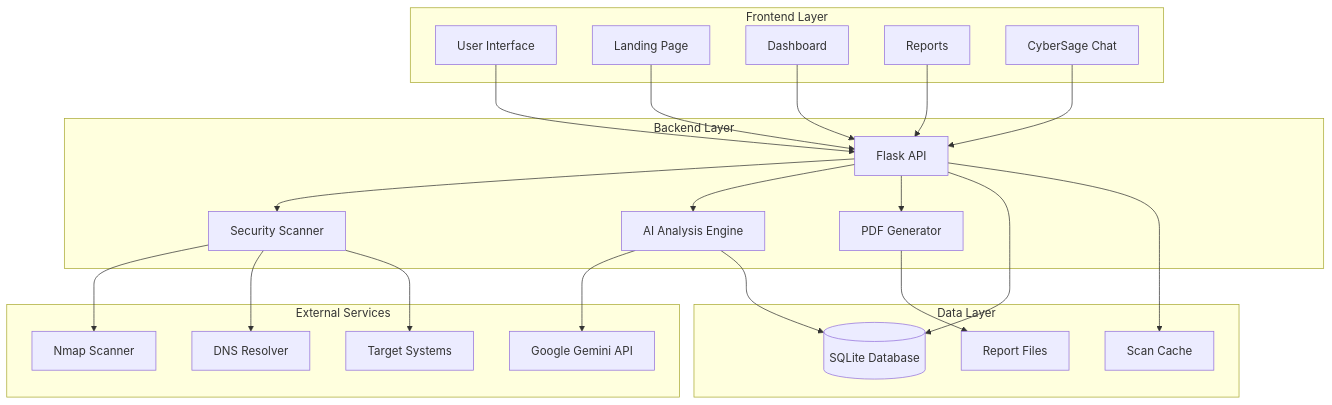
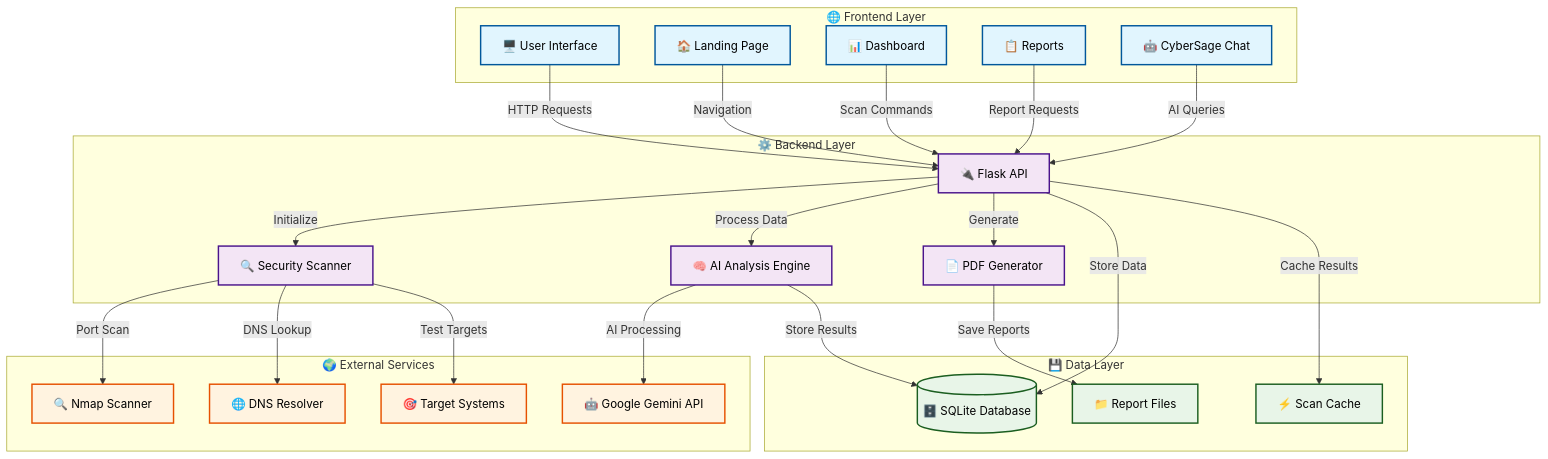
One commit to Hassan-asim/Cyber-Sage changed the first of 8 diagrams in README.md. Above: the diagram before and after it, drawn with Mermaid. The commit also changed other lines of this file, not shown here.

Commit message:
Enhance Mermaid diagrams: Add professional styling, emojis, colors, and improved visual design

````diff
--- a/README.md
+++ b/README.md
@@ -82,51 +82,67 @@
 ```mermaid
 graph TB
-    subgraph "Frontend Layer"
-        UI[User Interface]
-        LP[Landing Page]
-        DASH[Dashboard]
-        REP[Reports]
-        CHAT[CyberSage Chat]
+    subgraph "🌐 Frontend Layer"
+        UI["🖥️ User Interface"]
+        LP["🏠 Landing Page"]
+        DASH["📊 Dashboard"]
+        REP["📋 Reports"]
+        CHAT["🤖 CyberSage Chat"]
     end
     
-    subgraph "Backend Layer"
-        API[Flask API]
-        SCAN[Security Scanner]
-        AI[AI Analysis Engine]
-        PDF[PDF Generator]
+    subgraph "⚙️ Backend Layer"
+        API["🔌 Flask API"]
+        SCAN["🔍 Security Scanner"]
+        AI["🧠 AI Analysis Engine"]
+        PDF["📄 PDF Generator"]
     end
     
-    subgraph "Data Layer"
-        DB[(SQLite Database)]
-        FILES[Report Files]
-        CACHE[Scan Cache]
+    subgraph "💾 Data Layer"
+        DB[("🗄️ SQLite Database")]
+        FILES["📁 Report Files"]
+        CACHE["⚡ Scan Cache"]
     end
     
-    subgraph "External Services"
-        GEMINI[Google Gemini API]
-        NMAP[Nmap Scanner]
-        DNS[DNS Resolver]
-        TARGET[Target Systems]
+    subgraph "🌍 External Services"
+        GEMINI["🤖 Google Gemini API"]
+        NMAP["🔍 Nmap Scanner"]
+        DNS["🌐 DNS Resolver"]
+        TARGET["🎯 Target Systems"]
     end
     
-    UI --> API
-    LP --> API
-    DASH --> API
-    REP --> API
-    CHAT --> API
+    %% Frontend to Backend connections
+    UI -->|"HTTP Requests"| API
+    LP -->|"Navigation"| API
+    DASH -->|"Scan Commands"| API
+    REP -->|"Report Requests"| API
+    CHAT -->|"AI Queries"| API
     
-    API --> SCAN
-    API --> AI
-    API --> PDF
+    %% Backend internal connections
+    API -->|"Initialize"| SCAN
+    API -->|"Process Data"| AI
+    API -->|"Generate"| PDF
     
-    SCAN --> NMAP
-    SCAN --> DNS
-    SCAN --> TARGET
+    %% Scanner to external services
+    SCAN -->|"Port Scan"| NMAP
+    SCAN -->|"DNS Lookup"| DNS
+    SCAN -->|"Test Targets"| TARGET
     
-    AI --> GEMINI
-    AI --> DB
+    %% AI to external services
+    AI -->|"AI Processing"| GEMINI
+    AI -->|"Store Results"| DB
     
-    PDF --> FILES
-    API --> DB
-    API --> CACHE
+    %% Data connections
+    PDF -->|"Save Reports"| FILES
+    API -->|"Store Data"| DB
+    API -->|"Cache Results"| CACHE
+    
+    %% Styling
+    classDef frontend fill:#e1f5fe,stroke:#01579b,stroke-width:2px,color:#000
+    classDef backend fill:#f3e5f5,stroke:#4a148c,stroke-width:2px,color:#000
+    classDef data fill:#e8f5e8,stroke:#1b5e20,stroke-width:2px,color:#000
+    classDef external fill:#fff3e0,stroke:#e65100,stroke-width:2px,color:#000
+    
+    class UI,LP,DASH,REP,CHAT frontend
+    class API,SCAN,AI,PDF backend
+    class DB,FILES,CACHE data
+    class GEMINI,NMAP,DNS,TARGET external
 ```
````
